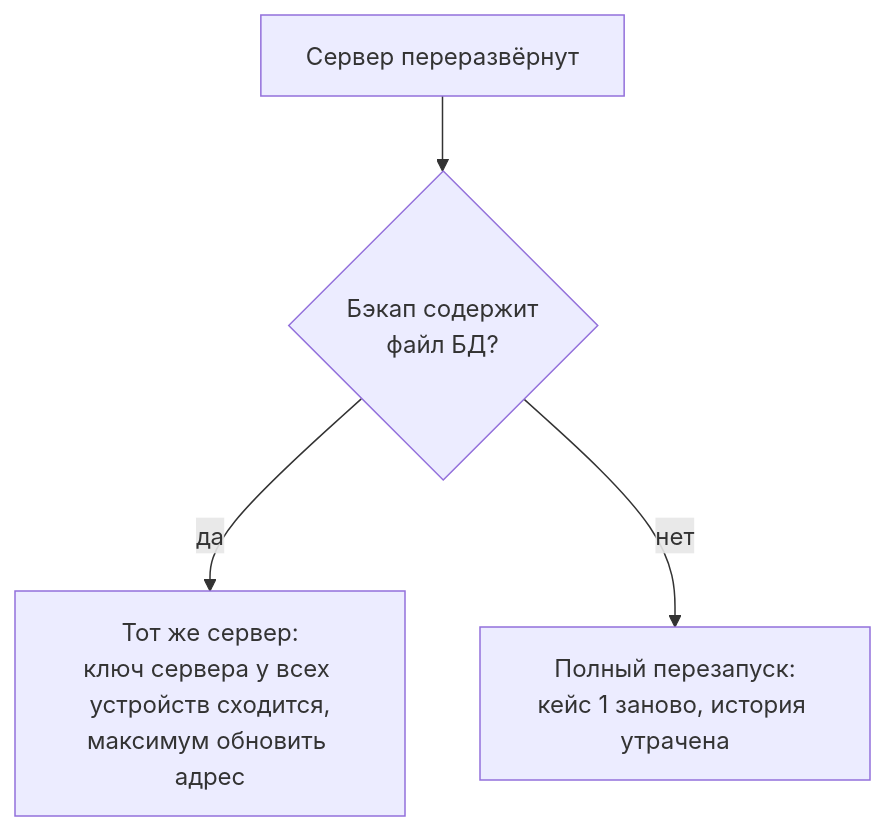
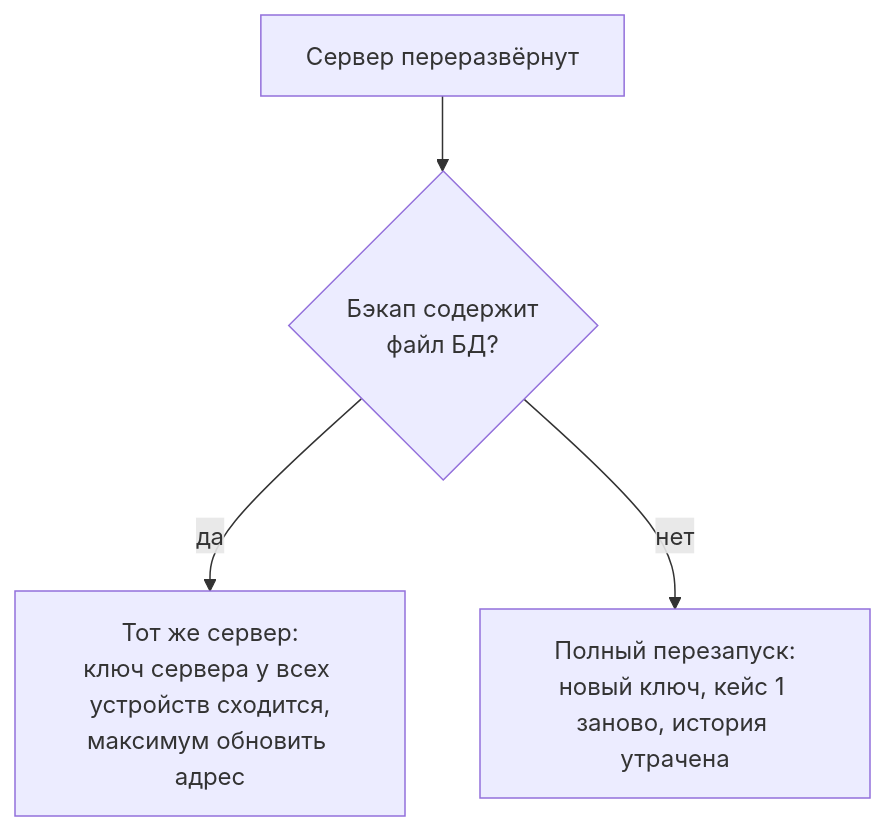
The fifth of 5 diagrams in docs/client-backend/architecture/authentication.md (cyphernet-labs/nox-app), drawn with Mermaid before and after one commit. The commit also changed other lines of this file and 6 other files, not shown here.

````diff
--- a/docs/client-backend/architecture/authentication.md
+++ b/docs/client-backend/architecture/authentication.md
@@ -182,6 +175,6 @@
 ```mermaid
 flowchart TB
   A["Сервер переразвёрнут"] --> B{"Бэкап содержит<br/>файл БД?"}
   B -->|"да"| C["Тот же сервер:<br/>ключ сервера у всех устройств сходится,<br/>максимум обновить адрес"]
-  B -->|"нет"| E["Полный перезапуск:<br/>кейс 1 заново, история утрачена"]
+  B -->|"нет"| E["Полный перезапуск:<br/>новый ключ, кейс 1 заново, история утрачена"]
 ```
````
